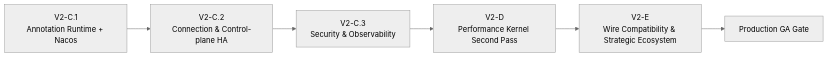
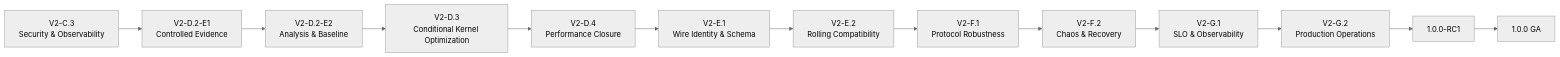
One commit to Ryan-Guizhou/peach-rpc changed the diagram in docs/production-roadmap.md. Above: the diagram before and after it, drawn with Mermaid (neutral theme). The commit also changed other lines of this file and 5 other files, not shown here.

Commit message:
docs: formalize roadmap from V2-D.2 to 1.0 GA

```diff
--- a/docs/production-roadmap.md
+++ b/docs/production-roadmap.md
@@ -210,8 +210,18 @@
 ~~~mermaid
 flowchart LR
-    C1[V2-C.1<br/>Annotation Runtime + Nacos] --> C2[V2-C.2<br/>Connection & Control-plane HA]
-    C2 --> C3[V2-C.3<br/>Security & Observability]
-    C3 --> D[V2-D<br/>Performance Kernel Second Pass]
-    D --> E[V2-E<br/>Wire Compatibility & Strategic Ecosystem]
-    E --> GA[Production GA Gate]
+    C3[V2-C.3<br/>Security & Observability]
+    E1[V2-D.2-E1<br/>Controlled Evidence]
+    E2[V2-D.2-E2<br/>Analysis & Baseline]
+    D3[V2-D.3<br/>Conditional Kernel Optimization]
+    D4[V2-D.4<br/>Performance Closure]
+    W1[V2-E.1<br/>Wire Identity & Schema]
+    W2[V2-E.2<br/>Rolling Compatibility]
+    F1[V2-F.1<br/>Protocol Robustness]
+    F2[V2-F.2<br/>Chaos & Recovery]
+    G1[V2-G.1<br/>SLO & Observability]
+    G2[V2-G.2<br/>Production Operations]
+    RC[1.0.0-RC1]
+    GA[1.0.0 GA]
+
+    C3 --> E1 --> E2 --> D3 --> D4 --> W1 --> W2 --> F1 --> F2 --> G1 --> G2 --> RC --> GA
 ~~~
```
